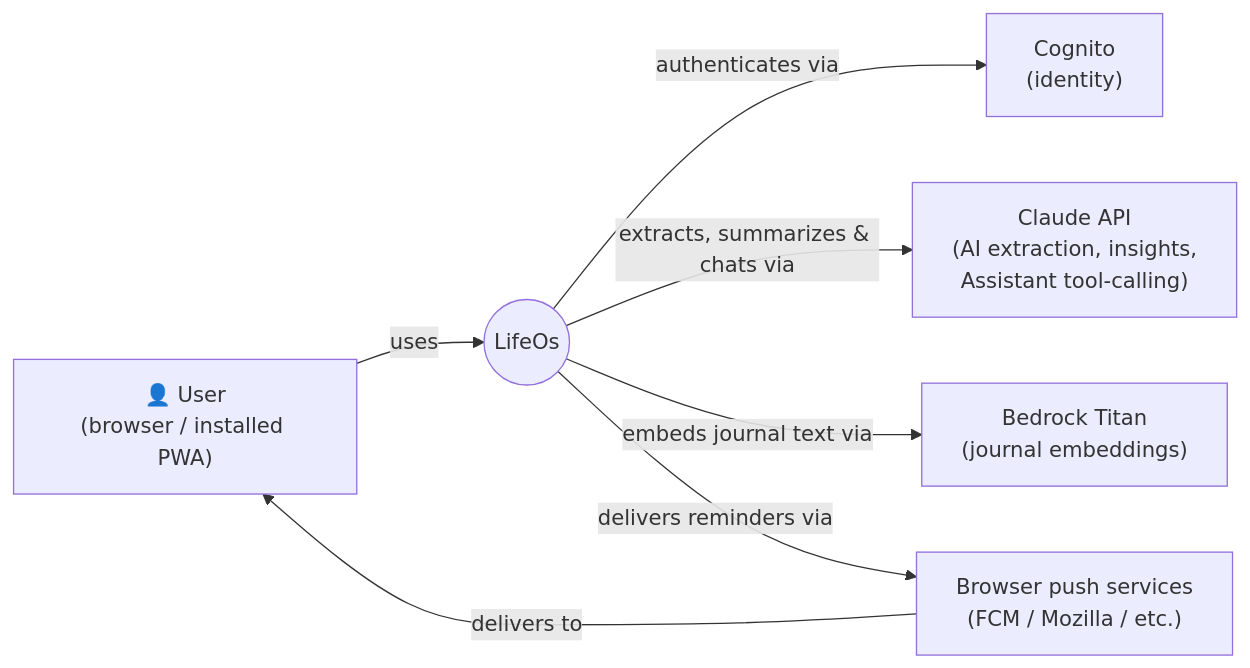
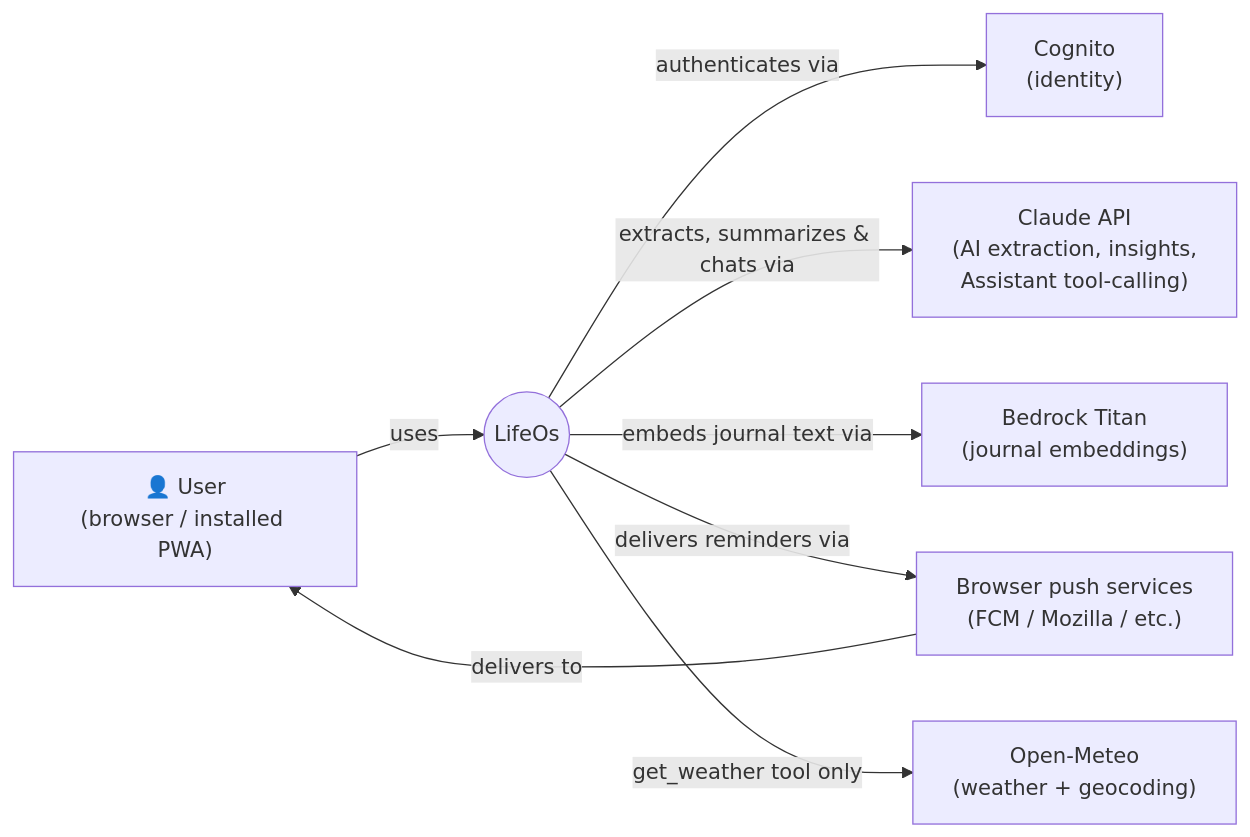
Before and after one commit to pragya0905/LifeOS: the first of 8 diagrams in docs/HLD_LLD.md, drawn with Mermaid. The commit also changed other lines of this file and 1 other file, not shown here.

First line of the commit message:
Docs: audit every sequence diagram and algorithm against the real code

````diff
--- a/docs/HLD_LLD.md
+++ b/docs/HLD_LLD.md
@@ -92,16 +92,18 @@
 ```mermaid
 flowchart LR
     U["👤 User<br/>(browser / installed PWA)"]
     LO(("LifeOs"))
     COG["Cognito<br/>(identity)"]
     CLAUDE["Claude API<br/>(AI extraction, insights,<br/>Assistant tool-calling)"]
     BEDROCK["Bedrock Titan<br/>(journal embeddings)"]
     PUSHSVC["Browser push services<br/>(FCM / Mozilla / etc.)"]
+    METEO["Open-Meteo<br/>(weather + geocoding)"]
 
     U -- uses --> LO
     LO -- authenticates via --> COG
     LO -- extracts, summarizes & chats via --> CLAUDE
     LO -- embeds journal text via --> BEDROCK
     LO -- delivers reminders via --> PUSHSVC
     PUSHSVC -- delivers to --> U
+    LO -- get_weather tool only --> METEO
 ```
````
